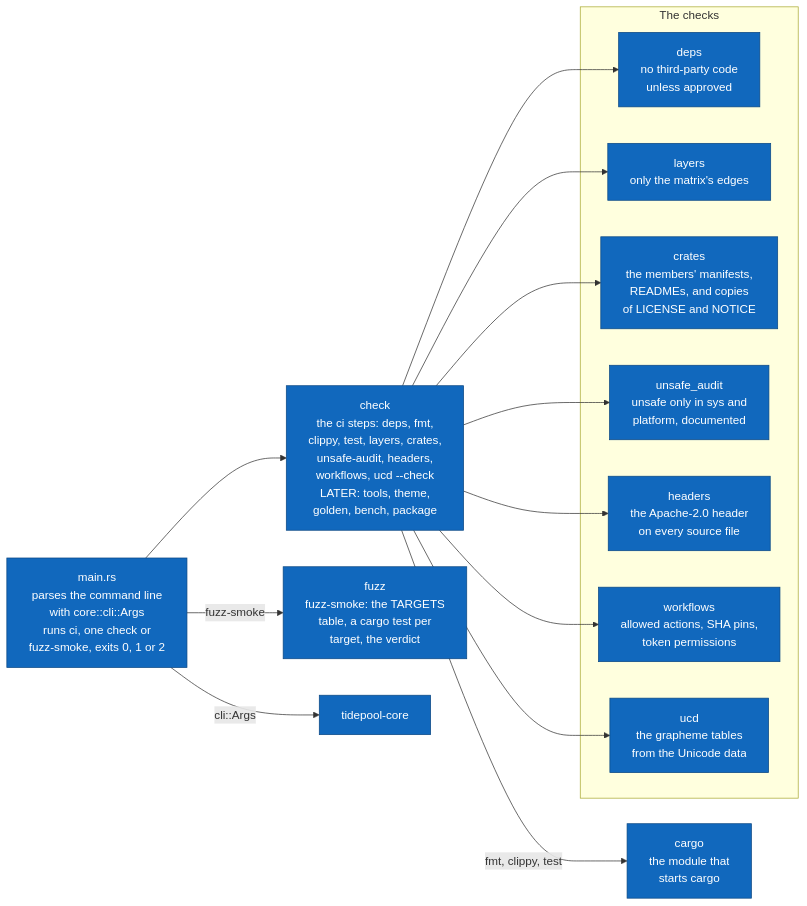
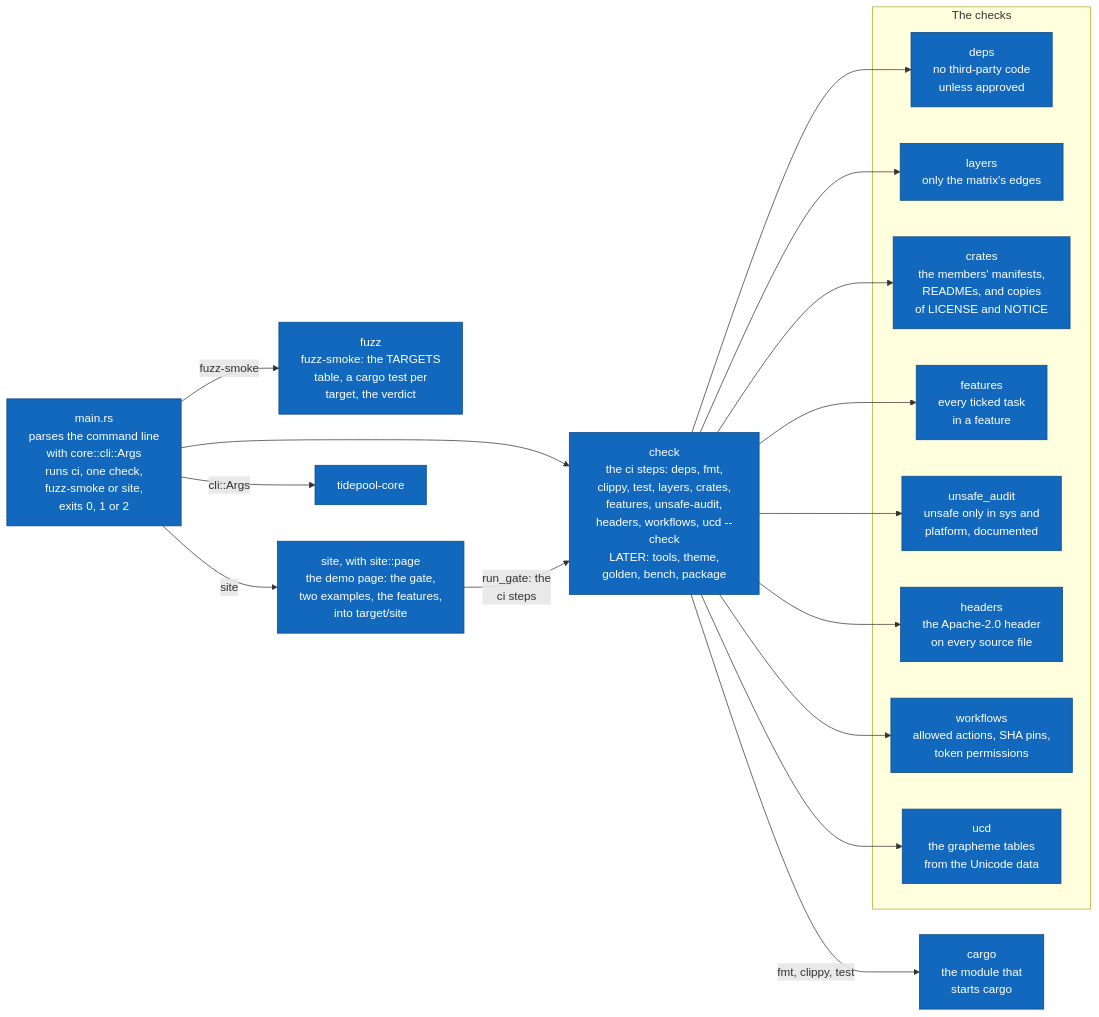
One commit to jabbott-iii/Tidepool changed diagram 11 of 16 in diagrams/c4-architecture.md. Above: the diagram before and after it, drawn with Mermaid. The commit also changed other lines of this file and 38 other files, not shown here.

````diff
--- a/diagrams/c4-architecture.md
+++ b/diagrams/c4-architecture.md
@@ -527,32 +540,37 @@
 ```mermaid
 flowchart LR
-    m_main["main.rs<br/>parses the command line<br/>with core::cli::Args<br/>runs ci, one check or<br/>fuzz-smoke, exits 0, 1 or 2"]
-    m_check["check<br/>the ci steps: deps, fmt,<br/>clippy, test, layers, crates,<br/>unsafe-audit, headers,<br/>workflows, ucd --check<br/>LATER: tools, theme,<br/>golden, bench, package"]
+    m_main["main.rs<br/>parses the command line<br/>with core::cli::Args<br/>runs ci, one check,<br/>fuzz-smoke or site,<br/>exits 0, 1 or 2"]
+    m_check["check<br/>the ci steps: deps, fmt,<br/>clippy, test, layers, crates,<br/>features, unsafe-audit,<br/>headers, workflows, ucd --check<br/>LATER: tools, theme,<br/>golden, bench, package"]
     subgraph b_checks["The checks"]
         m_deps["deps<br/>no third-party code<br/>unless approved"]
         m_layers["layers<br/>only the matrix's edges"]
         m_crates["crates<br/>the members' manifests,<br/>READMEs, and copies<br/>of LICENSE and NOTICE"]
+        m_features["features<br/>every ticked task<br/>in a feature"]
         m_unsafe["unsafe_audit<br/>unsafe only in sys and<br/>platform, documented"]
         m_headers["headers<br/>the Apache-2.0 header<br/>on every source file"]
         m_workflows["workflows<br/>allowed actions, SHA pins,<br/>token permissions"]
         m_ucd["ucd<br/>the grapheme tables<br/>from the Unicode data"]
     end
     m_fuzz["fuzz<br/>fuzz-smoke: the TARGETS<br/>table, a cargo test per<br/>target, the verdict"]
+    m_site["site, with site::page<br/>the demo page: the gate,<br/>two examples, the features,<br/>into target/site"]
     m_cargo["cargo<br/>the module that<br/>starts cargo"]
     k_core["tidepool-core"]
 
     m_main --> m_check
     m_main -->|"fuzz-smoke"| m_fuzz
+    m_main -->|"site"| m_site
+    m_site -->|"run_gate: the<br/>ci steps"| m_check
     m_main -->|"cli::Args"| k_core
     m_check --> m_deps
     m_check --> m_layers
     m_check --> m_crates
+    m_check --> m_features
     m_check --> m_unsafe
     m_check --> m_headers
     m_check --> m_workflows
     m_check --> m_ucd
     m_check -->|"fmt, clippy, test"| m_cargo
 
     classDef built fill:#1168bd,stroke:#0b4884,color:#ffffff
-    class m_main,m_check,m_deps,m_layers,m_crates,m_unsafe,m_headers,m_workflows,m_ucd,m_fuzz,m_cargo,k_core built
+    class m_main,m_check,m_deps,m_layers,m_crates,m_features,m_unsafe,m_headers,m_workflows,m_ucd,m_fuzz,m_site,m_cargo,k_core built
 ```
````
